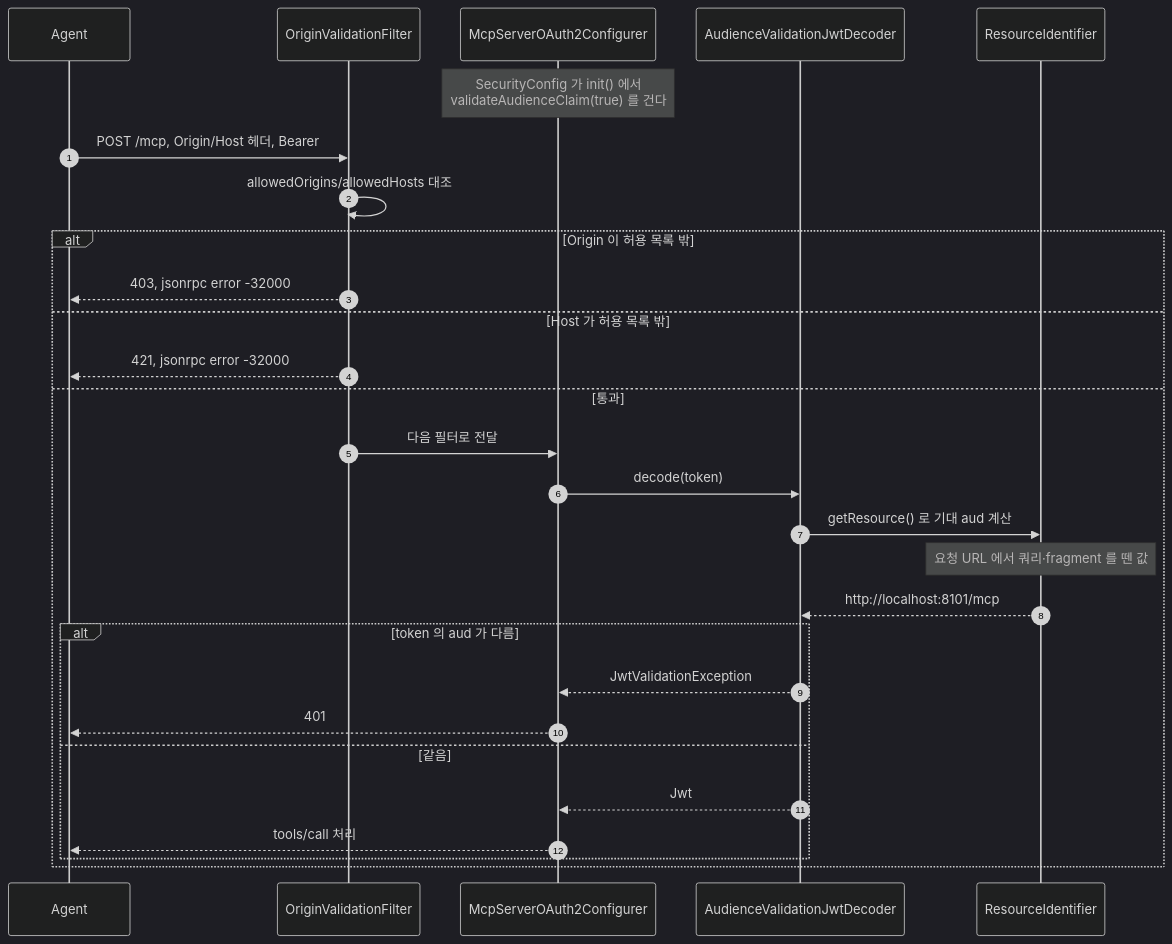
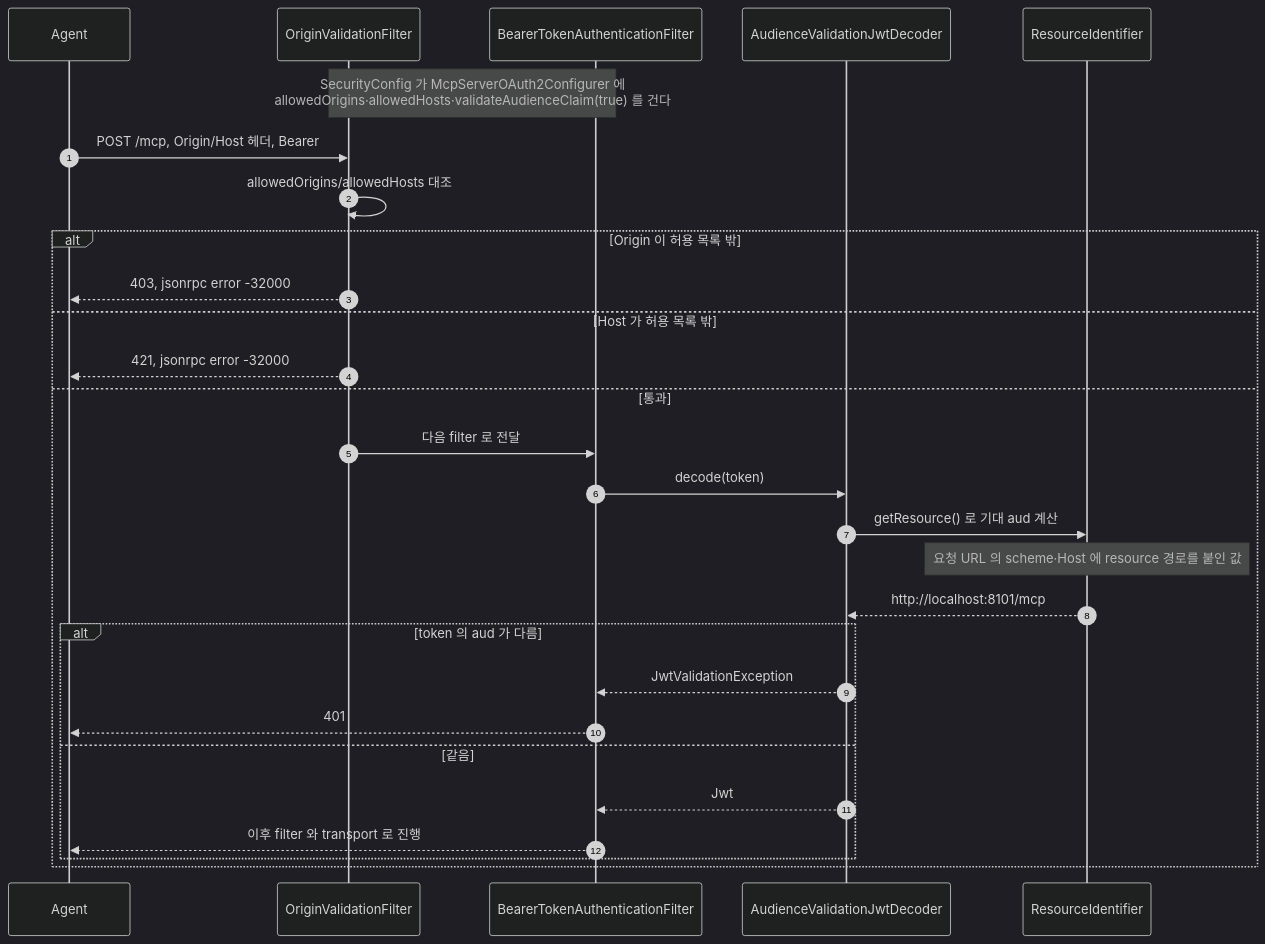
The fourth of 5 diagrams in practice/mcp-security-authn-community/SEQUENCES.md (starryeye/spring-ai), drawn with Mermaid (dark theme) before and after one commit. The commit also changed other lines of this file and 2 other files, not shown here.

Commit message:
docs(community): 대체 표·ID token aud 분기·등록 절, Host 가 audience 계산보다 먼저

````diff
--- a/practice/mcp-security-authn-community/SEQUENCES.md
+++ b/practice/mcp-security-authn-community/SEQUENCES.md
@@ -132,30 +196,30 @@
 ```mermaid
 sequenceDiagram
     autonumber
     participant A as Agent
     participant O as OriginValidationFilter
-    participant M as McpServerOAuth2Configurer
+    participant M as BearerTokenAuthenticationFilter
     participant V as AudienceValidationJwtDecoder
     participant I as ResourceIdentifier
-    Note over M: SecurityConfig 가 init() 에서<br/>validateAudienceClaim(true) 를 건다
+    Note over O,M: SecurityConfig 가 McpServerOAuth2Configurer 에<br/>allowedOrigins·allowedHosts·validateAudienceClaim(true) 를 건다
     A->>O: POST /mcp, Origin/Host 헤더, Bearer
     O->>O: allowedOrigins/allowedHosts 대조
     alt Origin 이 허용 목록 밖
         O-->>A: 403, jsonrpc error -32000
     else Host 가 허용 목록 밖
         O-->>A: 421, jsonrpc error -32000
     else 통과
-        O->>M: 다음 필터로 전달
+        O->>M: 다음 filter 로 전달
         M->>V: decode(token)
         V->>I: getResource() 로 기대 aud 계산
-        Note over I: 요청 URL 에서 쿼리·fragment 를 뗀 값
+        Note over I: 요청 URL 의 scheme·Host 에 resource 경로를 붙인 값
         I-->>V: http://localhost:8101/mcp
         alt token 의 aud 가 다름
             V-->>M: JwtValidationException
             M-->>A: 401
         else 같음
             V-->>M: Jwt
-            M-->>A: tools/call 처리
+            M-->>A: 이후 filter 와 transport 로 진행
         end
     end
 ```
````
